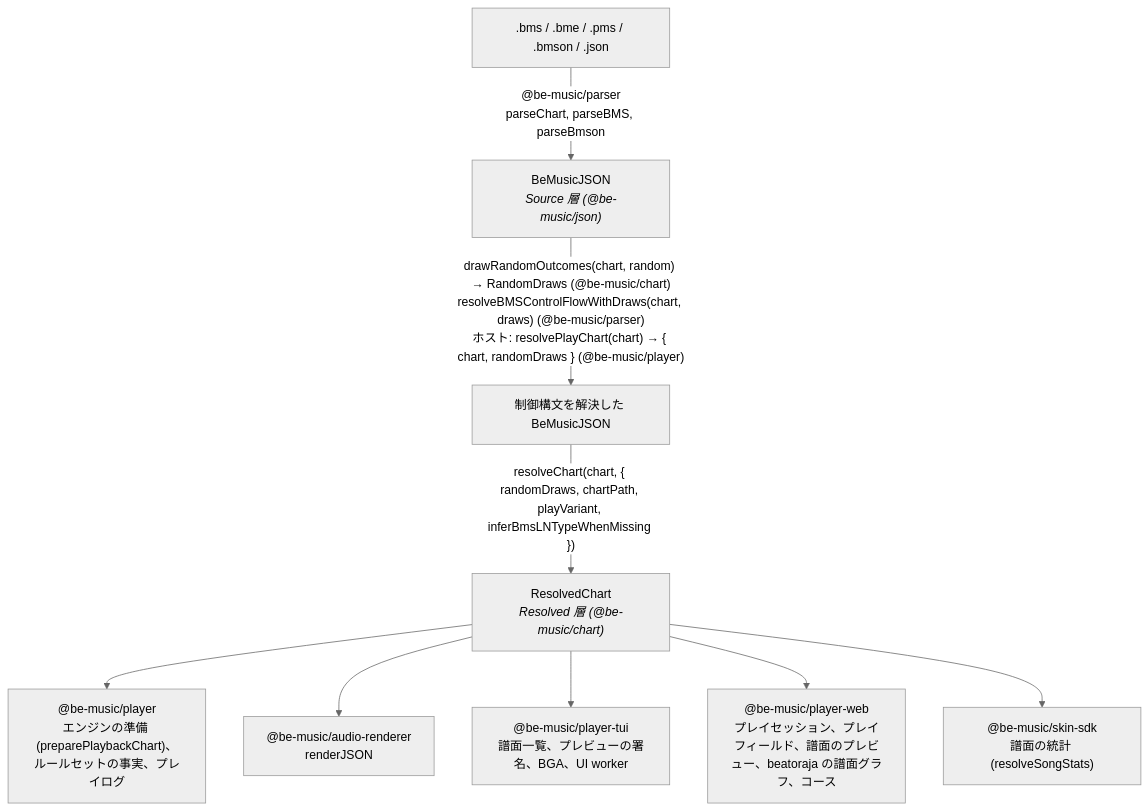
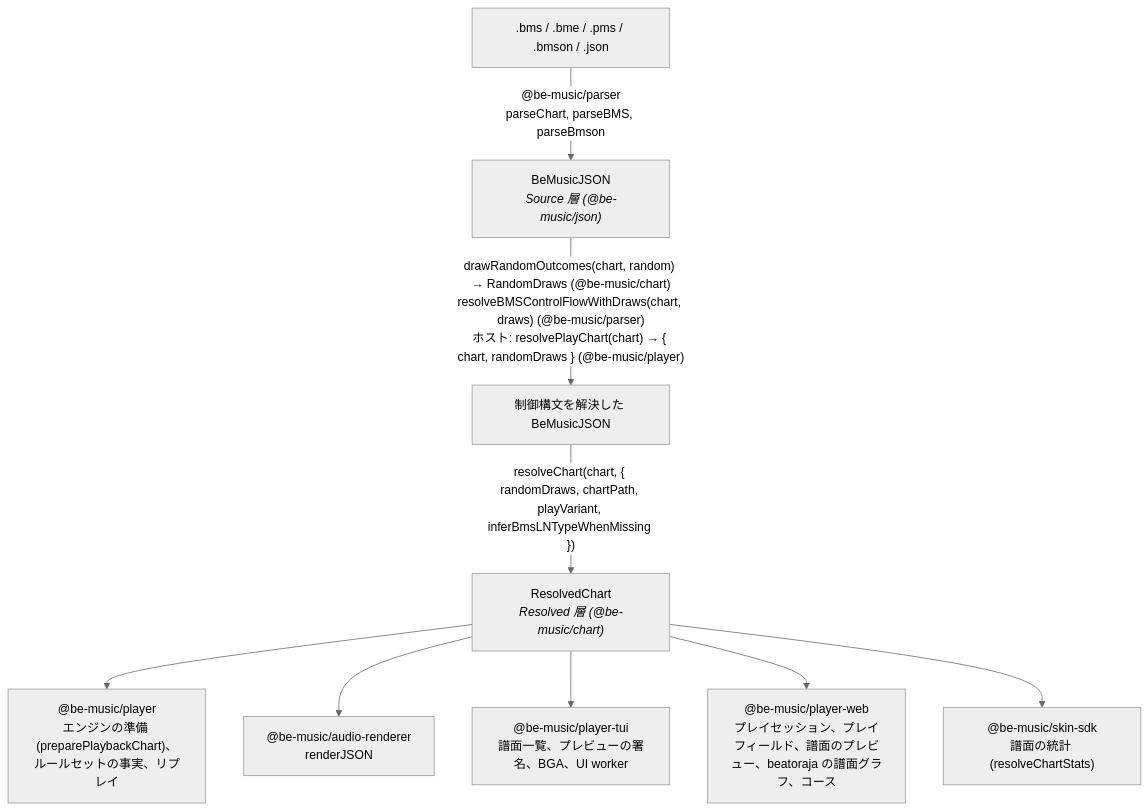
One commit to nulltask/be-music changed the first of 3 diagrams in docs/architecture.ja.md. Above: the diagram before and after it, drawn with Mermaid (neutral theme). The commit also changed other lines of this file and 603 other files, not shown here.

Commit message:
refactor: align chart, replay, and judgment terminology

````diff
--- a/docs/architecture.ja.md
+++ b/docs/architecture.ja.md
@@ -9,21 +9,21 @@
 ```mermaid
 flowchart TD
   files[".bms / .bme / .pms / .bmson / .json"]
   source["BeMusicJSON<br/><i>Source 層 (@be-music/json)</i>"]
   flat["制御構文を解決した BeMusicJSON"]
   resolved["ResolvedChart<br/><i>Resolved 層 (@be-music/chart)</i>"]
-  player["@be-music/player<br/>エンジンの準備 (preparePlaybackChart)、ルールセットの事実、プレイログ"]
+  player["@be-music/player<br/>エンジンの準備 (preparePlaybackChart)、ルールセットの事実、リプレイ"]
   renderer["@be-music/audio-renderer<br/>renderJSON"]
   tui["@be-music/player-tui<br/>譜面一覧、プレビューの署名、BGA、UI worker"]
   web["@be-music/player-web<br/>プレイセッション、プレイフィールド、譜面のプレビュー、beatoraja の譜面グラフ、コース"]
-  skin["@be-music/skin-sdk<br/>譜面の統計 (resolveSongStats)"]
+  skin["@be-music/skin-sdk<br/>譜面の統計 (resolveChartStats)"]
 
   files -->|"@be-music/parser<br/>parseChart, parseBMS, parseBmson"| source
   source -->|"drawRandomOutcomes(chart, random) → RandomDraws (@be-music/chart)<br/>resolveBMSControlFlowWithDraws(chart, draws) (@be-music/parser)<br/>ホスト: resolvePlayChart(chart) → { chart, randomDraws } (@be-music/player)"| flat
   flat -->|"resolveChart(chart, { randomDraws, chartPath, playVariant, inferBmsLNTypeWhenMissing })"| resolved
   resolved --> player
   resolved --> renderer
   resolved --> tui
   resolved --> web
   resolved --> skin
 ```
````
